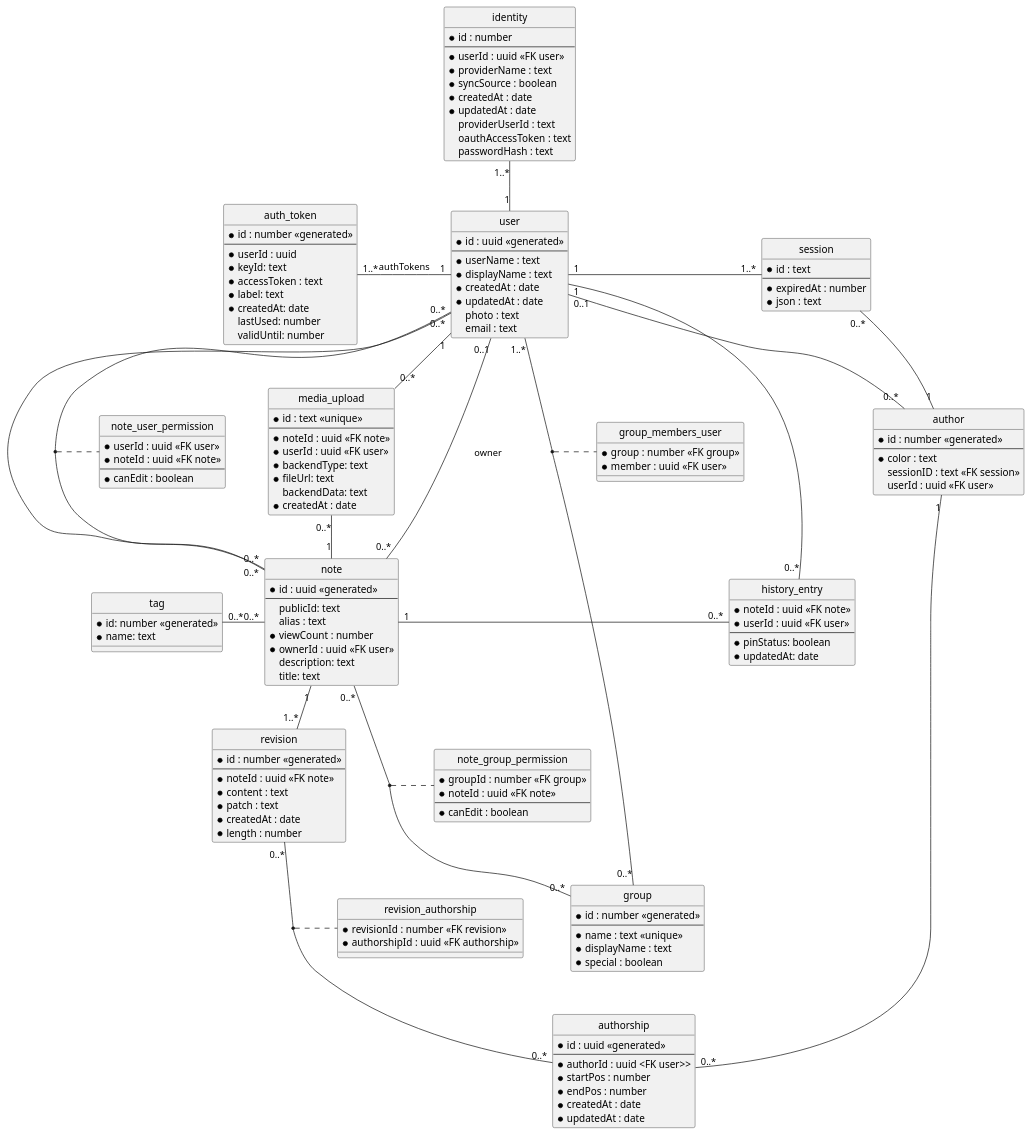
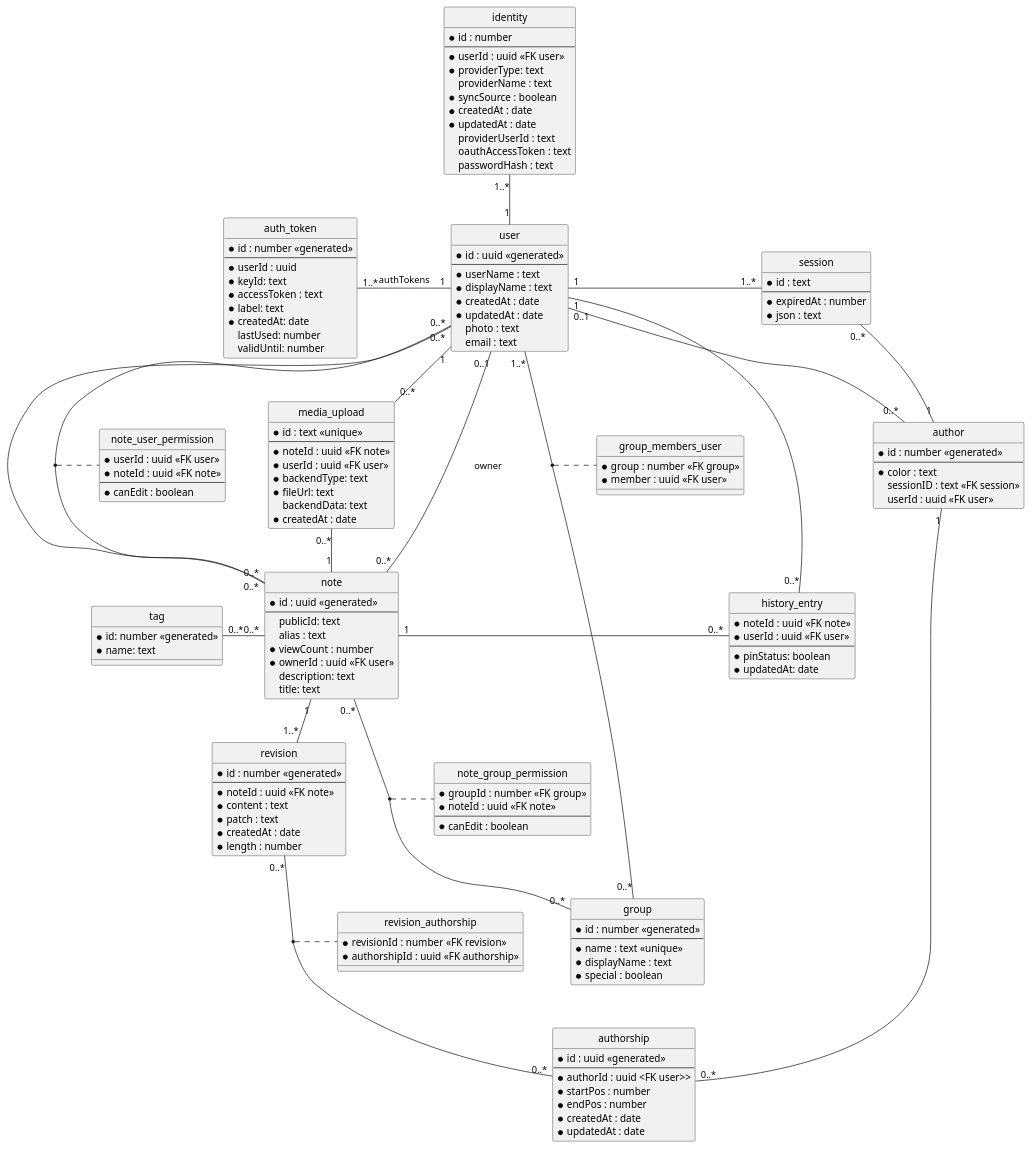
Before and after one commit to hedgedoc/hedgedoc: the diagram in docs/content/dev/db-schema.plantuml, drawn with PlantUML. The commit also changed 18 other files, not shown here.

```diff
--- a/docs/content/dev/db-schema.plantuml
+++ b/docs/content/dev/db-schema.plantuml
@@ -1,179 +1,180 @@
 @startuml
 hide circle
 skinparam nodesep 60
 
 entity "note" {
   *id : uuid <<generated>>
   --
   publicId: text
   alias : text
   *viewCount : number
   *ownerId : uuid <<FK user>>
   description: text
   title: text
 }
 
 entity "user" {
   *id : uuid <<generated>>
   --
   *userName : text
   *displayName : text
   *createdAt : date
   *updatedAt : date
   photo : text
   email : text
 }
 
 entity "auth_token"{
   *id : number <<generated>>
   --
   *userId : uuid
   *keyId: text
   *accessToken : text
   *label: text
   *createdAt: date
   lastUsed: number
   validUntil: number
 }
 
 entity "identity" {
   *id : number
   --
   *userId : uuid <<FK user>>
+  *providerType: text
   ' Identifies the external login provider and is set in the config
-  *providerName : text
+  providerName : text
   *syncSource : boolean
   *createdAt : date
   *updatedAt : date
   ' The unique identifier of a user from the login provider
   providerUserId : text
   ' Token used to access the OAuth provider in the users name. Can be NULL
   oauthAccessToken : text
   ' Password hash. Can be NULL
   passwordHash : text
 }
 
 entity "session" {
   *id : text
   --
   *expiredAt : number
   *json : text
 }
 
 
 entity "revision" {
   *id : number <<generated>>
   --
   *noteId : uuid <<FK note>>
   *content : text
   *patch : text
   *createdAt : date
   *length : number
 }
 
 entity "authorship" {
   *id : uuid <<generated>>
   --
   *authorId : uuid <FK user>>
   *startPos : number
   *endPos : number
   *createdAt : date
   *updatedAt : date
 }
 
 entity "revision_authorship" {
   *revisionId : number <<FK revision>>
   *authorshipId : uuid <<FK authorship>>
 }
 
 entity "author" {
   *id : number <<generated>>
   --
   *color : text
   sessionID : text <<FK session>>
   userId : uuid <<FK user>>
 }
 
 
 entity "note_user_permission" {
   *userId : uuid <<FK user>>
   *noteId : uuid <<FK note>>
   --
   *canEdit : boolean
 }
 
 entity "group" {
   *id : number <<generated>>
   --
   *name : text <<unique>>
   *displayName : text
   ' Is set to denote a special group
   ' Special groups are used to map the old share settings like "everyone can edit"
   ' or "logged in users can view" to the group permission system
   *special : boolean
   }
 
 entity "note_group_permission" {
   *groupId : number <<FK group>>
   *noteId : uuid <<FK note>>
   --
   *canEdit : boolean
 }
 
 entity "group_members_user" {
   *group : number <<FK group>>
   *member : uuid <<FK user>>
 }
 
 entity "tag" {
   *id: number <<generated>>
   *name: text
 }
 
 entity "media_upload" {
   *id : text <<unique>>
   --
   *noteId : uuid <<FK note>>
   *userId : uuid <<FK user>>
   *backendType: text
   *fileUrl: text
   backendData: text
   *createdAt : date
 }
 
 entity "history_entry" {
   *noteId : uuid <<FK note>>
   *userId : uuid <<FK user>>
   --
   *pinStatus: boolean
   *updatedAt: date
 }
 
 user "0..1" -- "0..*" note: owner
 user "1" -u- "1..*" identity
 user "1" -l- "1..*" auth_token: authTokens
 user "1" -r- "1..*" session
 user "1" -- "0..*" media_upload
 user "1" -- "0..*" history_entry
 user "0..*" -- "0..*" note
 user "0..1" -- "0..*" author
 
 author "1" -- "0..*" authorship
 author "1" -u- "0..*" session
 
 revision "0..*" -- "0..*" authorship
 (revision, authorship) .. revision_authorship
 
 media_upload "0..*"  -- "1" note
 note "1" -d- "1..*" revision
 note "1" - "0..*" history_entry
 note "0..*" -l- "0..*" tag
 note "0..*" -- "0..*" group
 user "1..*" -- "0..*" group
 
 user "0..*" -- "0..*" note
 (user, note) . note_user_permission
 (note, group) . note_group_permission
 (user, group) . group_members_user
 
 @enduml
```
